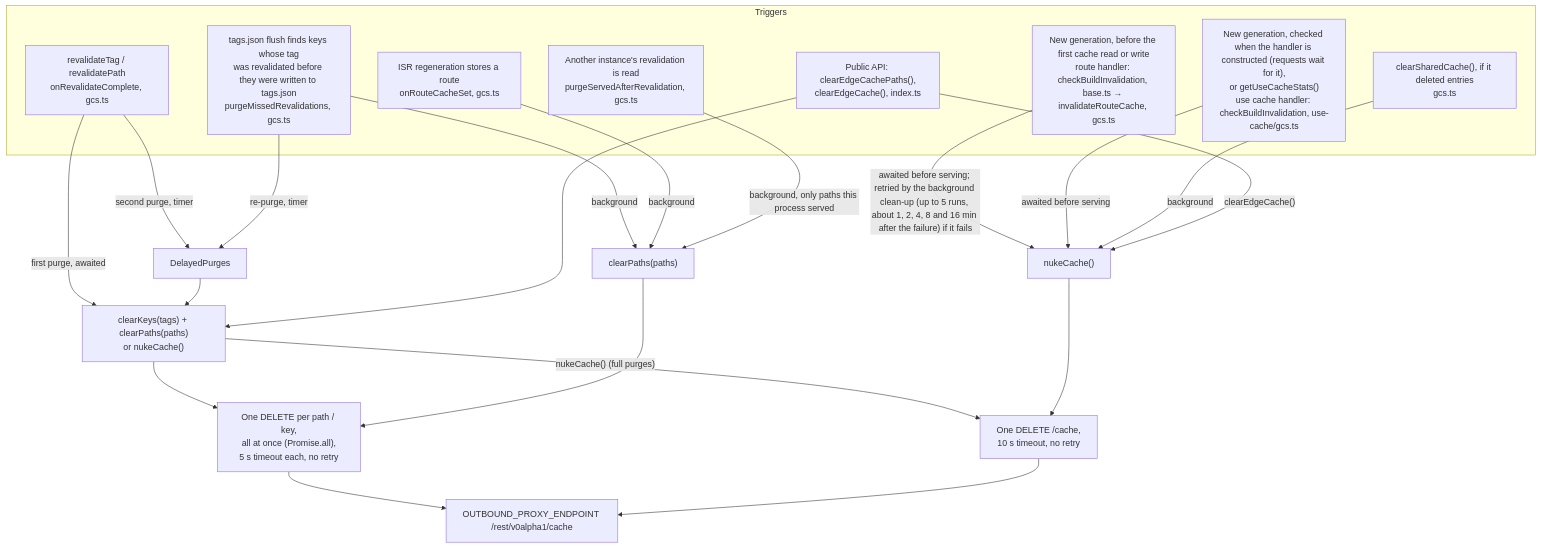
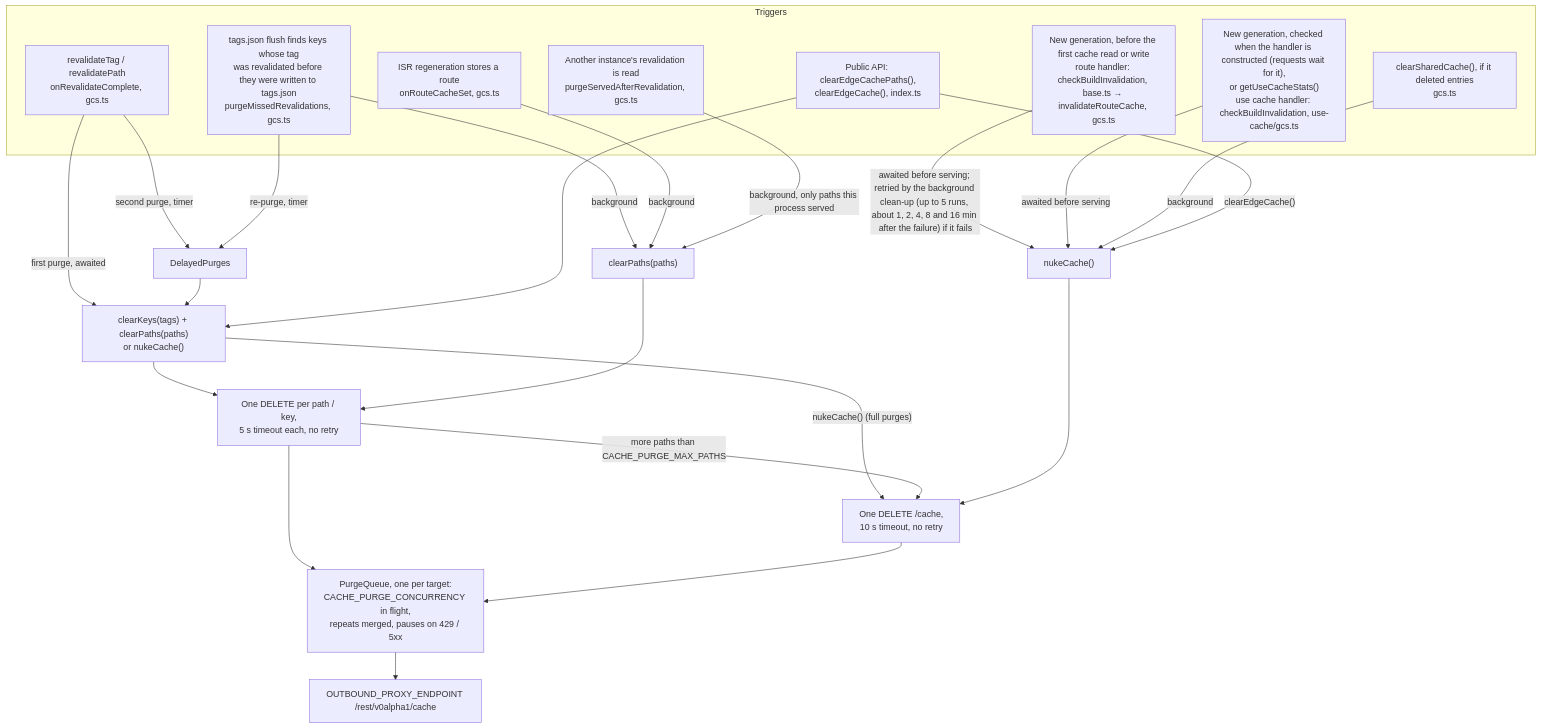
One commit to pantheon-systems/nextjs-cache-handler changed the fourth of 5 diagrams in ARCHITECTURE.md. Above: the diagram before and after it, drawn with Mermaid. The commit also changed other lines of this file and 15 other files, not shown here.

Commit message:
fix(edge): bound purge fan-out and requests in flight [SITE-6370]

````diff
--- a/ARCHITECTURE.md
+++ b/ARCHITECTURE.md
@@ -216,33 +216,35 @@
 ```mermaid
 flowchart TB
   subgraph triggers["Triggers"]
     t1["revalidateTag / revalidatePath<br/>onRevalidateComplete, gcs.ts"]
     t2["ISR regeneration stores a route<br/>onRouteCacheSet, gcs.ts"]
     t3["tags.json flush finds keys whose tag<br/>was revalidated before they were written to tags.json<br/>purgeMissedRevalidations, gcs.ts"]
     t4["New generation, before the first cache read or write<br/>route handler: checkBuildInvalidation, base.ts → invalidateRouteCache, gcs.ts"]
     t5["New generation, checked when the handler is constructed (requests wait for it),<br/>or getUseCacheStats()<br/>use cache handler: checkBuildInvalidation, use-cache/gcs.ts"]
     t6["clearSharedCache(), if it deleted entries<br/>gcs.ts"]
     t8["Another instance's revalidation is read<br/>purgeServedAfterRevalidation, gcs.ts"]
     t7["Public API: clearEdgeCachePaths(),<br/>clearEdgeCache(), index.ts"]
   end
 
   t1 -- "first purge, awaited" --> keysPaths["clearKeys(tags) + clearPaths(paths)<br/>or nukeCache()"]
   t1 -- "second purge, timer" --> dp[DelayedPurges]
   t3 -- "background" --> paths1["clearPaths(paths)"]
   t3 -- "re-purge, timer" --> dp
   dp --> keysPaths
   t2 -- "background" --> paths1
   t4 -- "awaited before serving; retried by the background clean-up (up to 5 runs, about 1, 2, 4, 8 and 16 min after the failure) if it fails" --> nuke["nukeCache()"]
   t5 -- "awaited before serving" --> nuke
   t6 -- "background" --> nuke
   t7 --> keysPaths
   t7 -- "clearEdgeCache()" --> nuke
   keysPaths -- "nukeCache() (full purges)" --> one
   t8 -- "background, only paths this process served" --> paths1
 
-  keysPaths --> fan["One DELETE per path / key,<br/>all at once (Promise.all),<br/>5 s timeout each, no retry"]
+  keysPaths --> fan["One DELETE per path / key,<br/>5 s timeout each, no retry"]
   paths1 --> fan
+  fan -- "more paths than CACHE_PURGE_MAX_PATHS" --> one
   nuke --> one["One DELETE /cache,<br/>10 s timeout, no retry"]
-  fan --> proxy[OUTBOUND_PROXY_ENDPOINT /rest/v0alpha1/cache]
-  one --> proxy
+  fan --> queue["PurgeQueue, one per target:<br/>CACHE_PURGE_CONCURRENCY in flight,<br/>repeats merged, pauses on 429 / 5xx"]
+  one --> queue
+  queue --> proxy[OUTBOUND_PROXY_ENDPOINT /rest/v0alpha1/cache]
 ```
````
